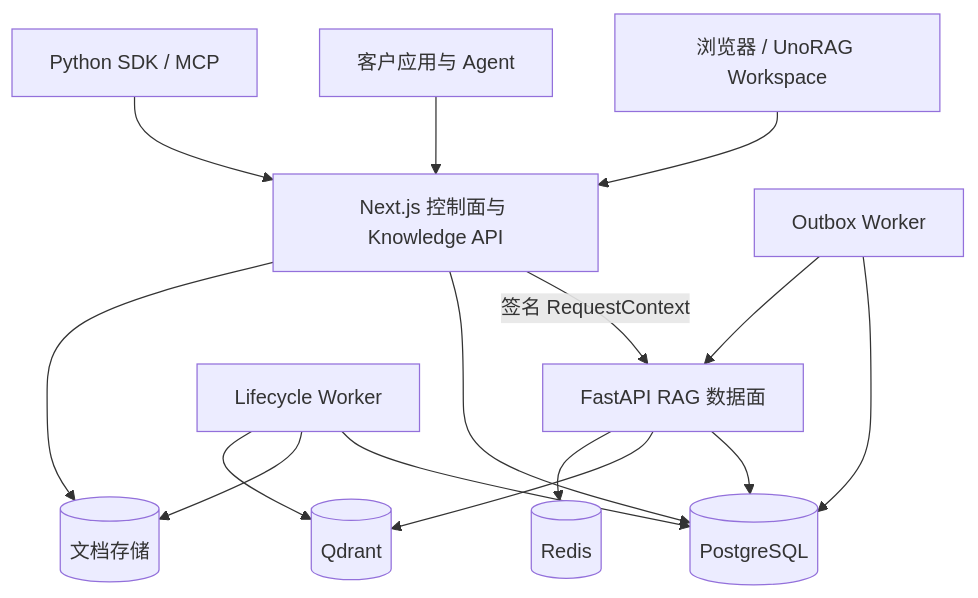
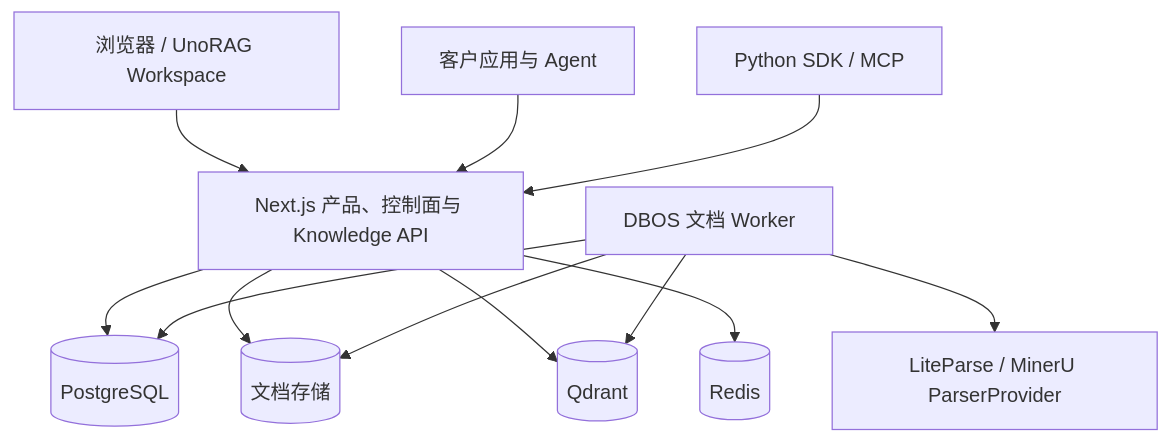
One commit to codexlin/UnoRAG changed the second of 2 diagrams in README.zh-CN.md. Above: the diagram before and after it, drawn with Mermaid. The commit also changed other lines of this file and 34 other files, not shown here.

````diff
--- a/README.zh-CN.md
+++ b/README.zh-CN.md
@@ -107,29 +106,25 @@
 ```mermaid
 flowchart TB
     Browser["浏览器 / UnoRAG Workspace"]
     Apps["客户应用与 Agent"]
     SDK["Python SDK / MCP"]
-    Web["Next.js 控制面与 Knowledge API"]
-    API["FastAPI RAG 数据面"]
-    Life["Lifecycle Worker"]
-    Outbox["Outbox Worker"]
+    Web["Next.js 产品、控制面与 Knowledge API"]
+    Worker["DBOS 文档 Worker"]
+    Parser["LiteParse / MinerU ParserProvider"]
     PG[("PostgreSQL")]
     QD[("Qdrant")]
     Redis[("Redis")]
     Files[("文档存储")]
 
     Browser --> Web
     Apps --> Web
     SDK --> Web
-    Web -->|"签名 RequestContext"| API
     Web --> PG
     Web --> Files
-    Outbox --> PG
-    Outbox --> API
-    Life --> PG
-    Life --> Files
-    Life --> QD
-    API --> PG
-    API --> QD
-    API --> Redis
+    Web --> QD
+    Web --> Redis
+    Worker --> PG
+    Worker --> Files
+    Worker --> QD
+    Worker --> Parser
 ```
````
